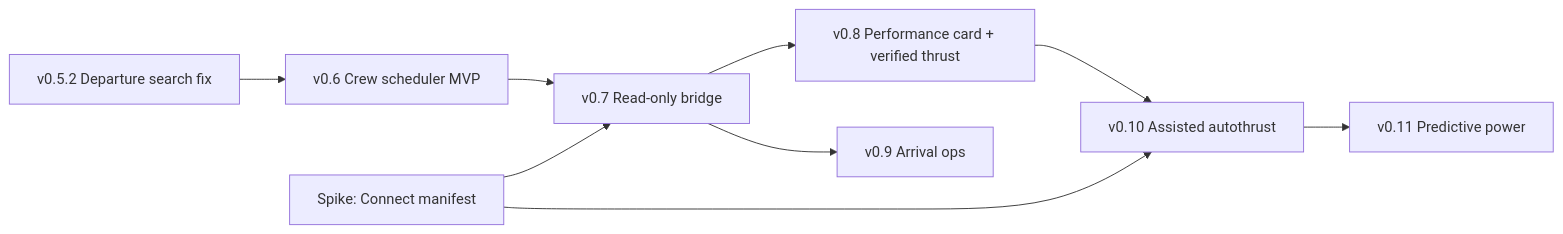
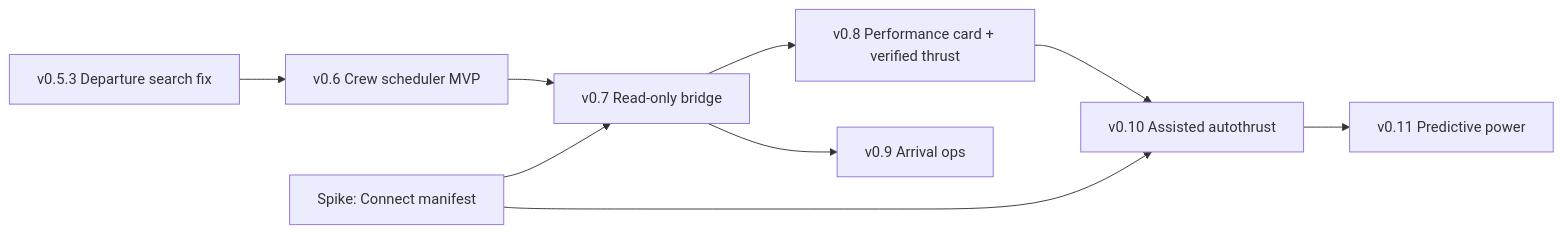
Before and after one commit to IntelIP/InfiniteFlightAgent: the diagram in docs/roadmap.md, drawn with Mermaid. The commit also changed other lines of this file and 16 other files, not shown here.

````diff
--- a/docs/roadmap.md
+++ b/docs/roadmap.md
@@ -76,11 +76,11 @@
 ```mermaid
 flowchart LR
-  P[v0.5.2 Departure search fix] --> S[v0.6 Crew scheduler MVP]
+  P[v0.5.3 Departure search fix] --> S[v0.6 Crew scheduler MVP]
   K[Spike: Connect manifest] --> B[v0.7 Read-only bridge]
   S --> B
   B --> C[v0.8 Performance card + verified thrust]
   B --> A[v0.9 Arrival ops]
   C --> T[v0.10 Assisted autothrust]
   K --> T
   T --> F[v0.11 Predictive power]
 ```
````
